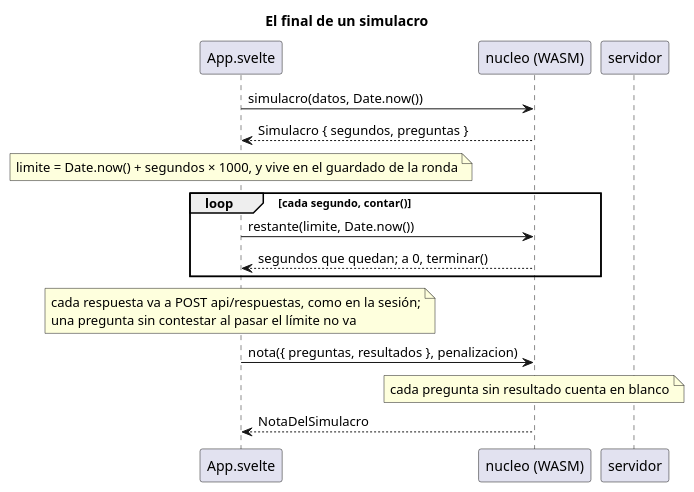
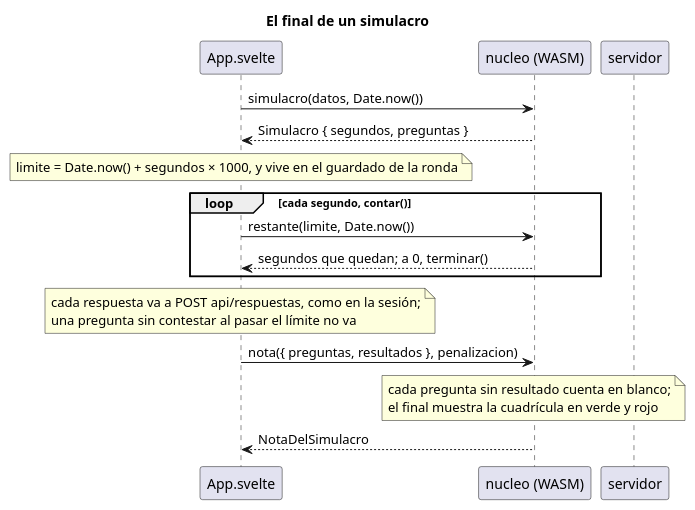
One commit to jfdg01/examenes changed the fourth of 4 diagrams in docs/el-diagrama.puml. Above: the diagram before and after it, drawn with PlantUML. The commit also changed other lines of this file, not shown here.

First line of the commit message:
chore: la cuadrícula, la revisión y la edición en el diagrama

```diff
--- a/docs/el-diagrama.puml
+++ b/docs/el-diagrama.puml
@@ -456,20 +486,20 @@
 @startuml el-final-de-un-simulacro
 skinparam shadowing false
 title El final de un simulacro
 
 participant "App.svelte" as App
 participant "nucleo (WASM)" as N
 participant servidor as S
 
 App -> N : simulacro(datos, Date.now())
 N --> App : Simulacro { segundos, preguntas }
 note over App : limite = Date.now() + segundos × 1000, y vive en el guardado de la ronda
 loop cada segundo, contar()
   App -> N : restante(limite, Date.now())
   N --> App : segundos que quedan; a 0, terminar()
 end
 note over App : cada respuesta va a POST api/respuestas, como en la sesión;\nuna pregunta sin contestar al pasar el límite no va
 App -> N : nota({ preguntas, resultados }, penalizacion)
-note over N : cada pregunta sin resultado cuenta en blanco
+note over N : cada pregunta sin resultado cuenta en blanco;\nel final muestra la cuadrícula en verde y rojo
 N --> App : NotaDelSimulacro
 @enduml
```
